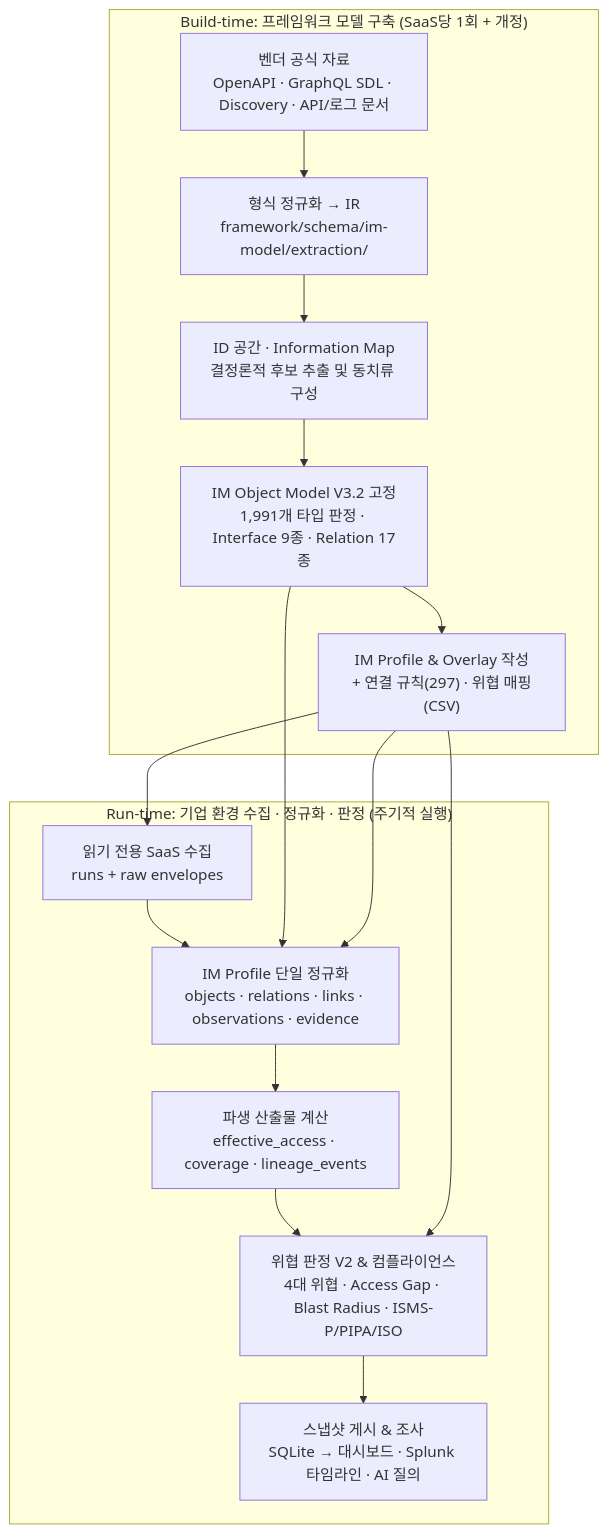
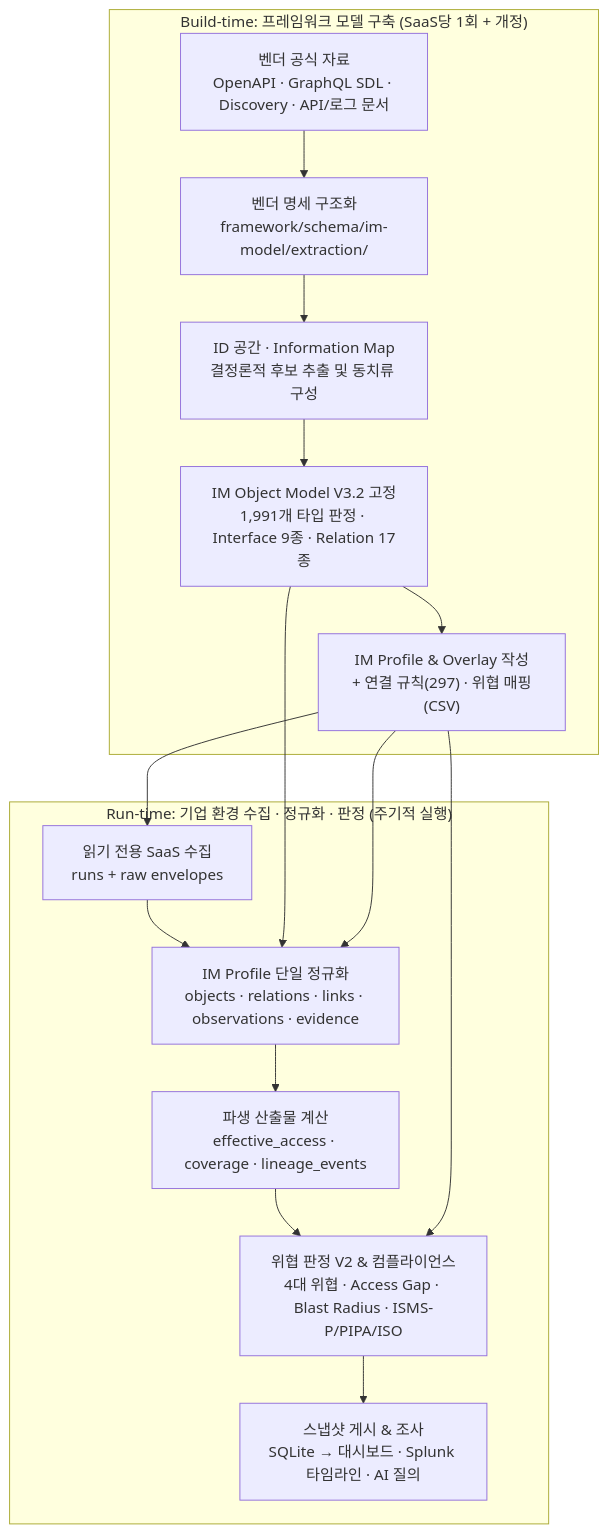
The diagram in docs/01-overview/pipeline.md (AEGI-Inc/aegi-framework), drawn with Mermaid before and after one commit. The commit also changed other lines of this file and 5 other files, not shown here.

````diff
--- a/docs/01-overview/pipeline.md
+++ b/docs/01-overview/pipeline.md
@@ -5,25 +5,25 @@
 ```mermaid
 flowchart TB
   subgraph Build["Build-time: 프레임워크 모델 구축 (SaaS당 1회 + 개정)"]
     B1["벤더 공식 자료<br/>OpenAPI · GraphQL SDL · Discovery · API/로그 문서"]
-    B2["형식 정규화 → IR<br/>framework/schema/im-model/extraction/"]
+    B2["벤더 명세 구조화<br/>framework/schema/im-model/extraction/"]
     B3["ID 공간 · Information Map<br/>결정론적 후보 추출 및 동치류 구성"]
     B4["IM Object Model V3.2 고정<br/>1,991개 타입 판정 · Interface 9종 · Relation 17종"]
     B5["IM Profile & Overlay 작성<br/>+ 연결 규칙(297) · 위협 매핑(CSV)"]
     B1 --> B2 --> B3 --> B4 --> B5
   end
 
   subgraph Run["Run-time: 기업 환경 수집 · 정규화 · 판정 (주기적 실행)"]
     R1["읽기 전용 SaaS 수집<br/>runs + raw envelopes"]
     R2["IM Profile 단일 정규화<br/>objects · relations · links · observations · evidence"]
     R3["파생 산출물 계산<br/>effective_access · coverage · lineage_events"]
     R4["위협 판정 V2 & 컴플라이언스<br/>4대 위협 · Access Gap · Blast Radius · ISMS-P/PIPA/ISO"]
     R5["스냅샷 게시 & 조사<br/>SQLite → 대시보드 · Splunk 타임라인 · AI 질의"]
     R1 --> R2 --> R3 --> R4 --> R5
   end
 
   B4 --> R2
   B5 --> R1
   B5 --> R2
   B5 --> R4
 ```
````
